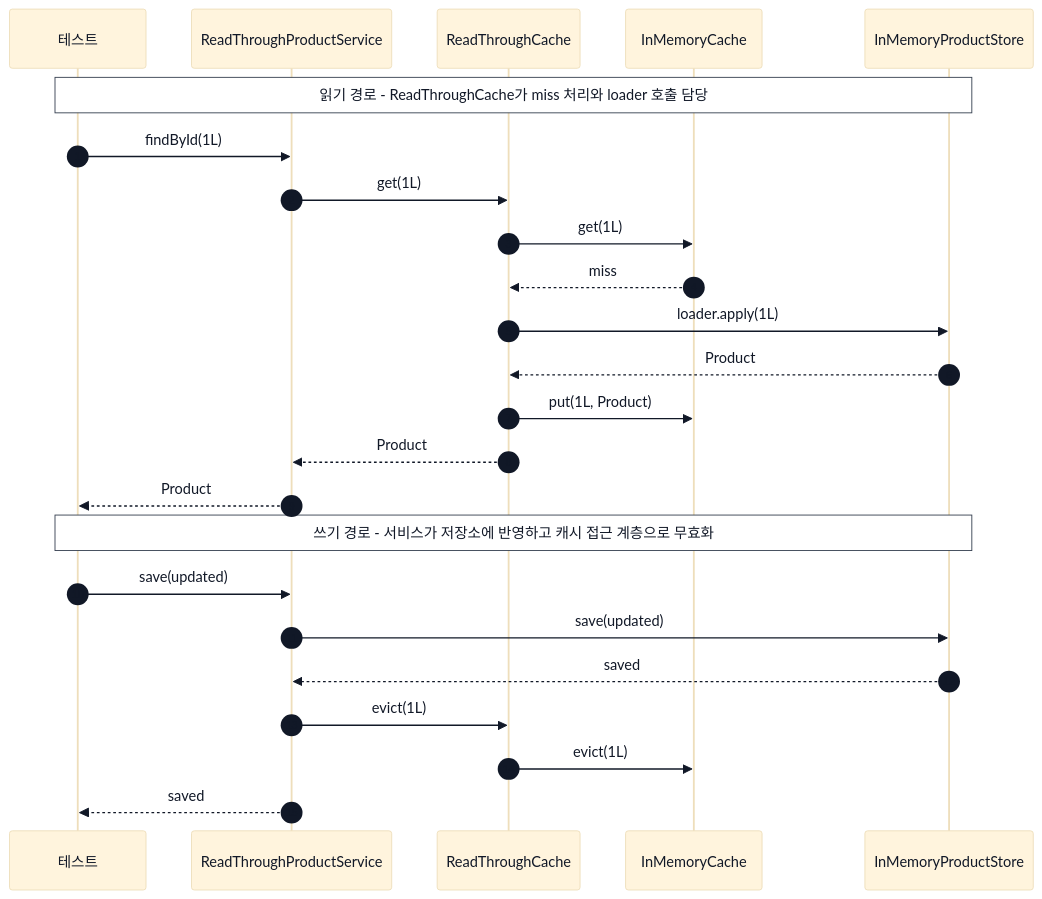
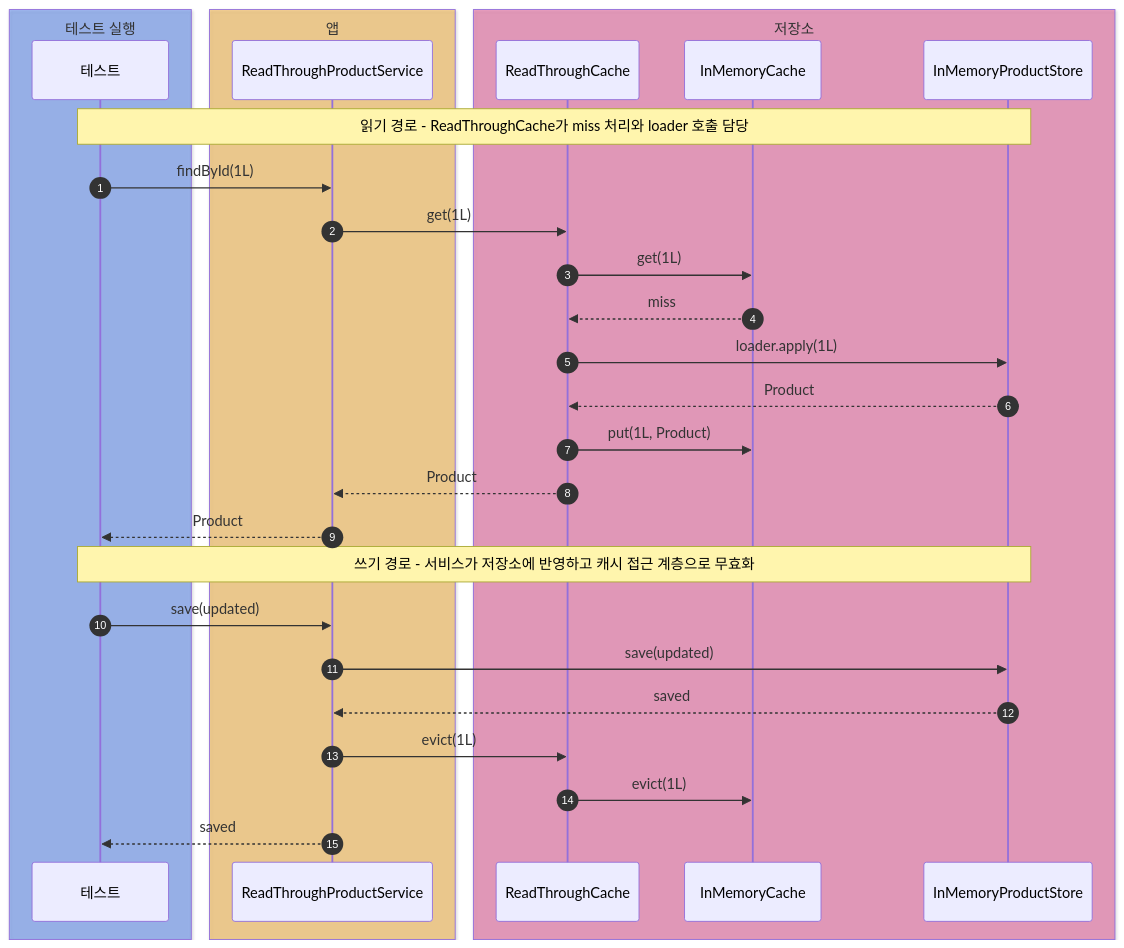
Before and after one commit to HJC96/deep-dive: the third of 10 diagrams in labs/cache-patterns/README.md, drawn with Mermaid. The commit also changed other lines of this file and 4 other files, not shown here.

````diff
--- a/labs/cache-patterns/README.md
+++ b/labs/cache-patterns/README.md
@@ -238,29 +258,37 @@
 ```mermaid
-%%{init: {"theme": "base", "themeVariables": {"primaryTextColor": "#111827", "secondaryTextColor": "#111827", "tertiaryTextColor": "#111827", "actorTextColor": "#111827", "signalTextColor": "#111827", "labelTextColor": "#111827", "noteTextColor": "#111827", "noteBkgColor": "#ffffff", "noteBorderColor": "#374151", "sequenceNumberColor": "#111827"}}}%%
 sequenceDiagram
     autonumber
+
+    box rgba(37, 99, 235, 0.40) 테스트 실행
     participant Test as 테스트
+    end
+
+    box rgba(245, 158, 11, 0.40) 앱
     participant Service as ReadThroughProductService
+    end
+
+    box rgba(219, 39, 119, 0.40) 저장소
     participant Products as ReadThroughCache
     participant Cache as InMemoryCache
     participant Store as InMemoryProductStore
+    end
 
     Note over Test,Store: 읽기 경로 - ReadThroughCache가 miss 처리와 loader 호출 담당
     Test->>Service: findById(1L)
     Service->>Products: get(1L)
     Products->>Cache: get(1L)
     Cache-->>Products: miss
     Products->>Store: loader.apply(1L)
     Store-->>Products: Product
     Products->>Cache: put(1L, Product)
     Products-->>Service: Product
     Service-->>Test: Product
 
     Note over Test,Store: 쓰기 경로 - 서비스가 저장소에 반영하고 캐시 접근 계층으로 무효화
     Test->>Service: save(updated)
     Service->>Store: save(updated)
     Store-->>Service: saved
     Service->>Products: evict(1L)
     Products->>Cache: evict(1L)
     Service-->>Test: saved
 ```
````
